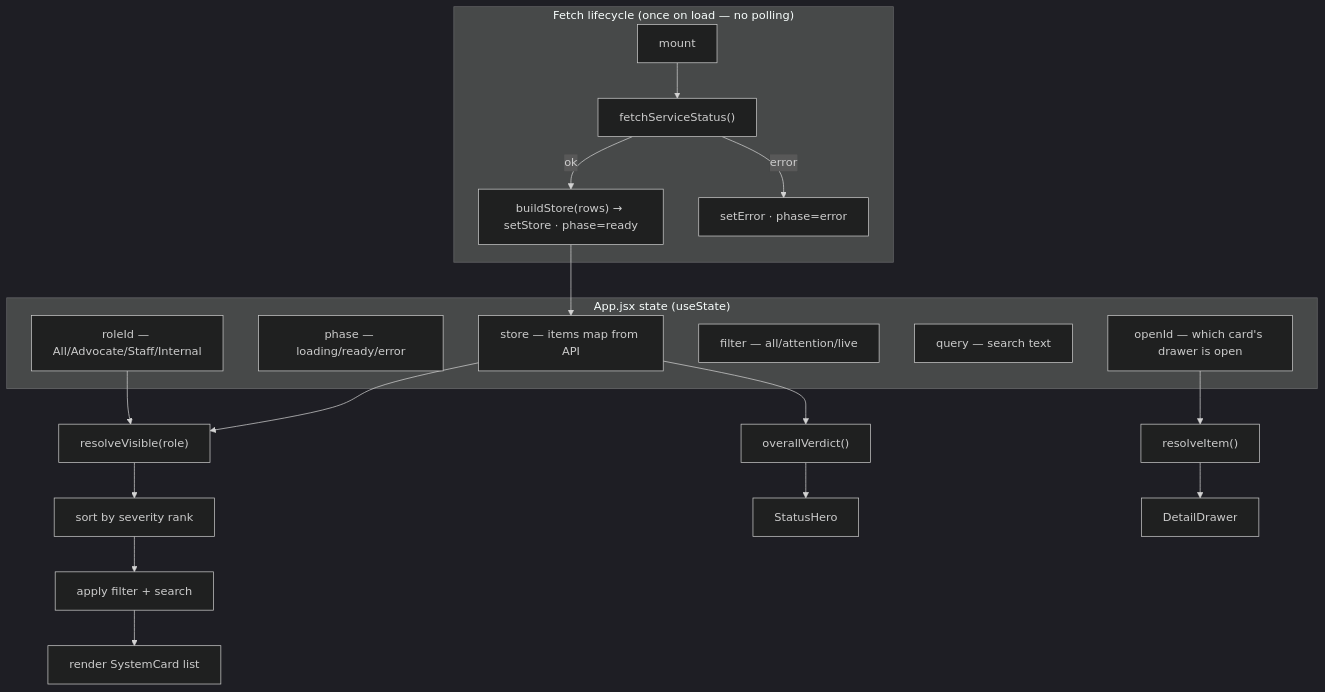
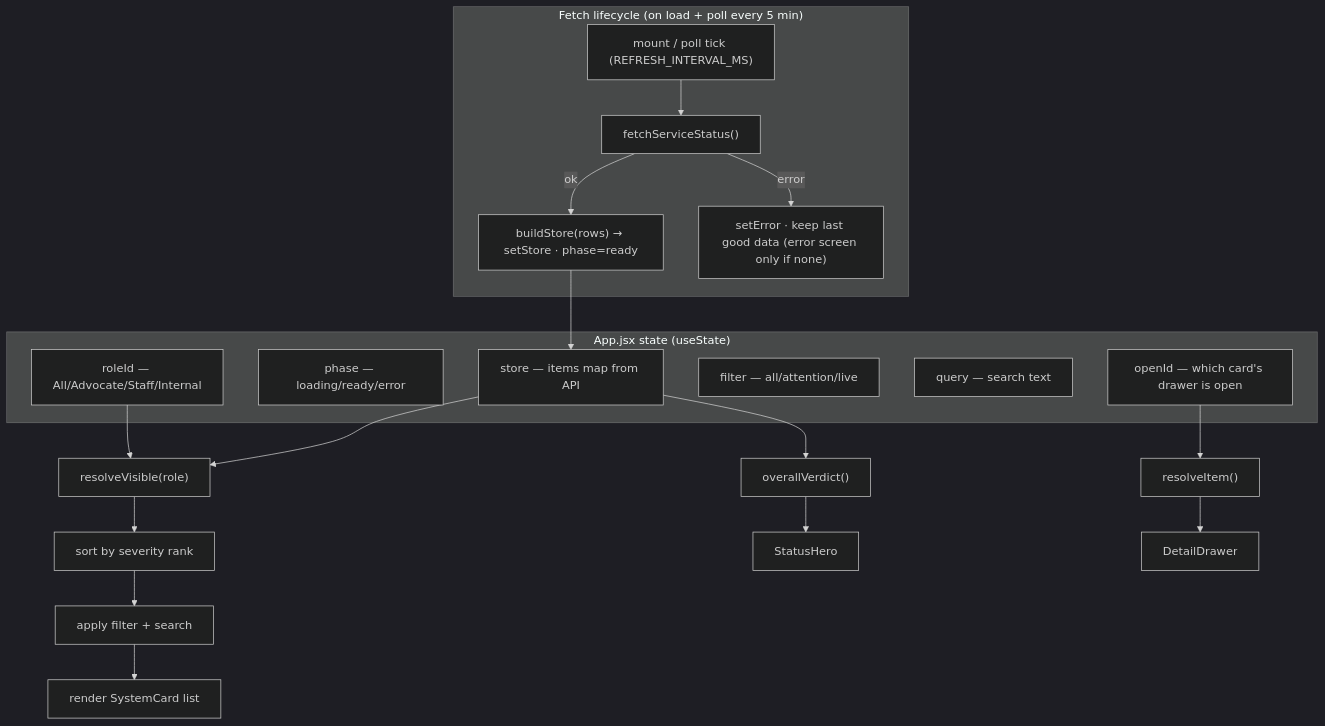
Before and after one commit to pucardotorg/public-health-dashboard: the sixth of 9 diagrams in PROJECT_GUIDE.md, drawn with Mermaid (dark theme). The commit also changed other lines of this file and 6 other files, not shown here.

````diff
--- a/PROJECT_GUIDE.md
+++ b/PROJECT_GUIDE.md
@@ -300,24 +302,24 @@
 ```mermaid
 flowchart TD
-    subgraph LOAD["Fetch lifecycle (once on load — no polling)"]
-        MOUNT["mount"] --> FETCH["fetchServiceStatus()"]
+    subgraph LOAD["Fetch lifecycle (on load + poll every 5 min)"]
+        MOUNT["mount / poll tick (REFRESH_INTERVAL_MS)"] --> FETCH["fetchServiceStatus()"]
         FETCH -->|ok| BUILD["buildStore(rows) → setStore · phase=ready"]
-        FETCH -->|error| ERR["setError · phase=error"]
+        FETCH -->|error| ERR["setError · keep last good data (error screen only if none)"]
     end
     subgraph APP["App.jsx state (useState)"]
         store["store — items map from API"]
         phase["phase — loading/ready/error"]
         role["roleId — All/Advocate/Staff/Internal"]
         filter["filter — all/attention/live"]
         query["query — search text"]
         openId["openId — which card's drawer is open"]
     end
     BUILD --> store
     store --> R["resolveVisible(role)"]
     role --> R
     R --> sorted["sort by severity rank"]
     sorted --> filtered["apply filter + search"]
     filtered --> CARDS["render SystemCard list"]
     store --> V["overallVerdict()"] --> HERO["StatusHero"]
     openId --> RI["resolveItem()"] --> DRAWER["DetailDrawer"]
 ```
````
